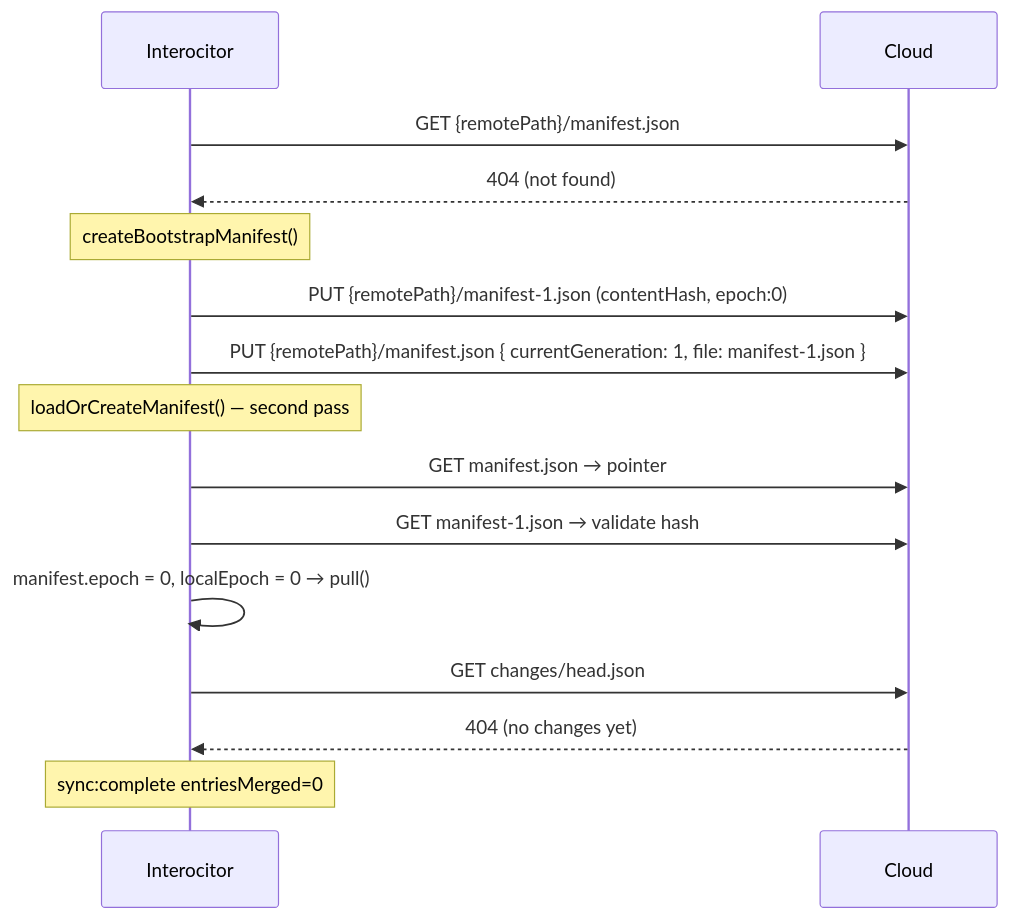
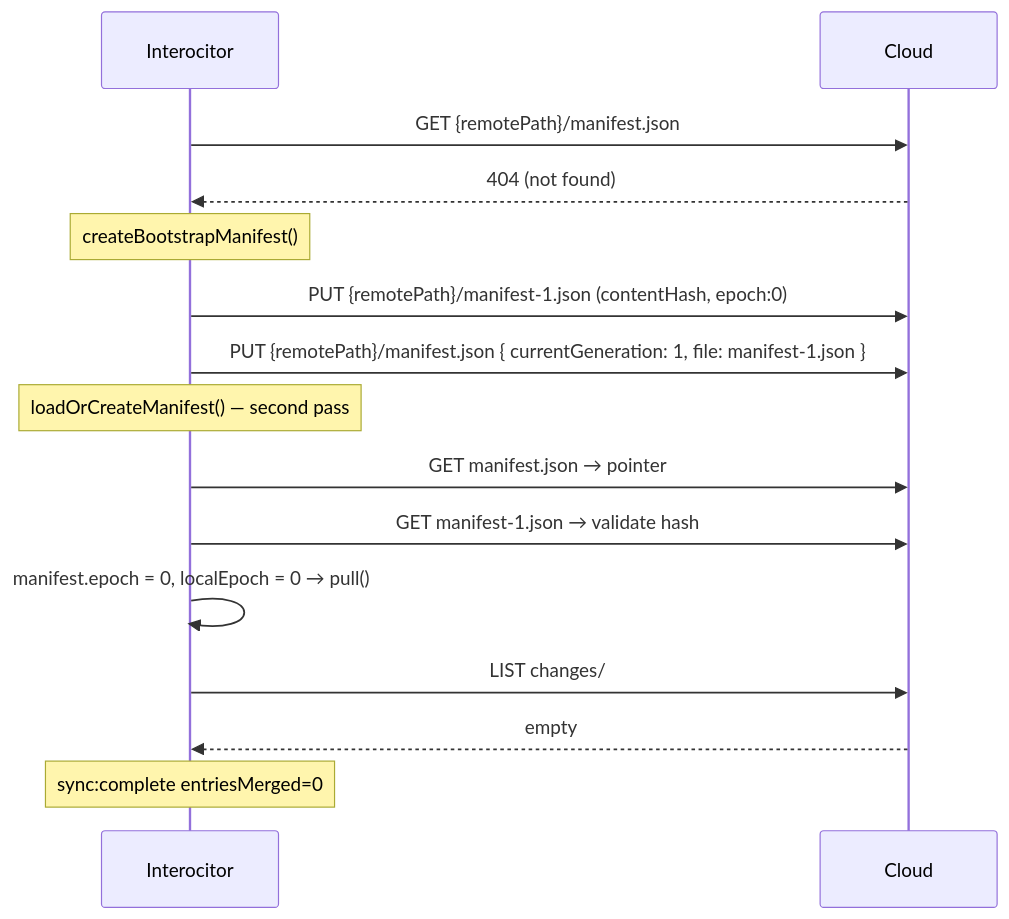
The fifth of 7 diagrams in docs/flows.md (Machine-Garden/interocitor), drawn with Mermaid before and after one commit. The commit also changed other lines of this file and 49 other files, not shown here.

````diff
--- a/docs/flows.md
+++ b/docs/flows.md
@@ -208,20 +190,20 @@
 ```mermaid
 sequenceDiagram
     participant E as Interocitor
     participant C as Cloud
 
     E->>C: GET {remotePath}/manifest.json
     C-->>E: 404 (not found)
 
     Note over E: createBootstrapManifest()
     E->>C: PUT {remotePath}/manifest-1.json (contentHash, epoch:0)
     E->>C: PUT {remotePath}/manifest.json { currentGeneration: 1, file: manifest-1.json }
 
     Note over E: loadOrCreateManifest() — second pass
     E->>C: GET manifest.json → pointer
     E->>C: GET manifest-1.json → validate hash
     E->>E: manifest.epoch = 0, localEpoch = 0 → pull()
-    E->>C: GET changes/head.json
-    C-->>E: 404 (no changes yet)
+    E->>C: LIST changes/
+    C-->>E: empty
     Note over E: sync:complete entriesMerged=0
 ```
````
